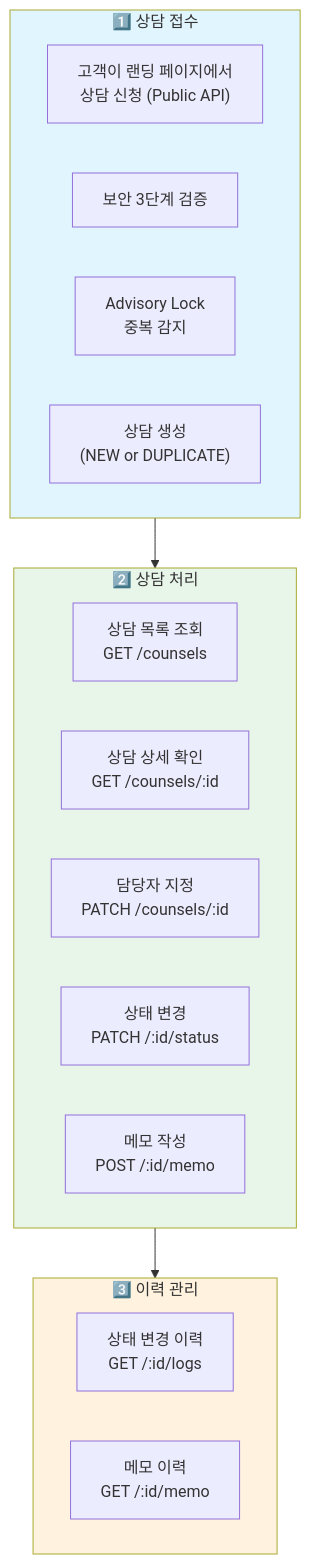
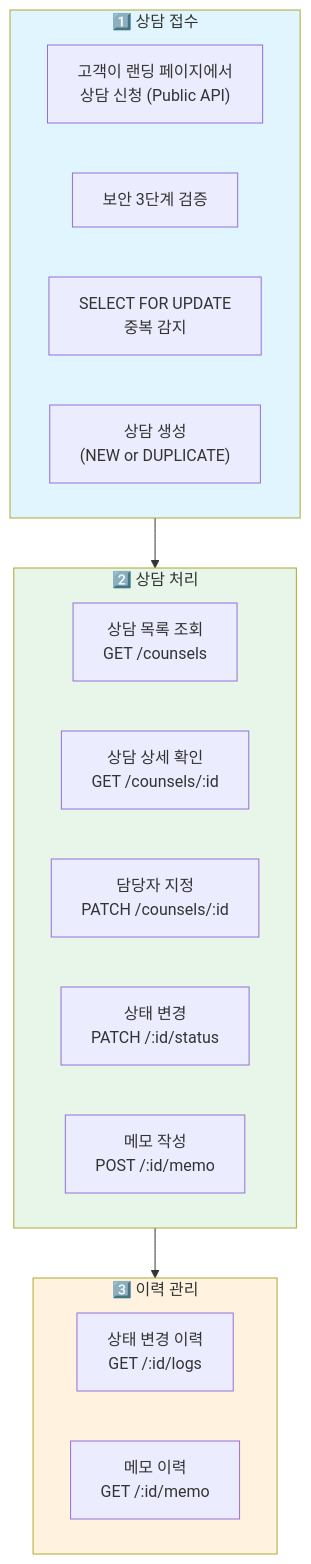
Diagram 48 of 53 in docs/user-flow.md (lee-sung-min405/flowdesk-admin-backend), drawn with Mermaid before and after one commit. The commit also changed other lines of this file and 4 other files, not shown here.

First line of the commit message:
docs: 아키텍처 심화 다이어그램 추가 및 문서 감사 불일치 수정 (최신화)

````diff
--- a/docs/user-flow.md
+++ b/docs/user-flow.md
@@ -2434,28 +2434,28 @@
 ```mermaid
 flowchart TB
     subgraph Phase1["1️⃣ 상담 접수"]
         A1["고객이 랜딩 페이지에서<br/>상담 신청 (Public API)"]
         A2["보안 3단계 검증"]
-        A3["Advisory Lock<br/>중복 감지"]
+        A3["SELECT FOR UPDATE<br/>중복 감지"]
         A4["상담 생성<br/>(NEW or DUPLICATE)"]
     end
     
     subgraph Phase2["2️⃣ 상담 처리"]
         B1["상담 목록 조회<br/>GET /counsels"]
         B2["상담 상세 확인<br/>GET /counsels/:id"]
         B3["담당자 지정<br/>PATCH /counsels/:id"]
         B4["상태 변경<br/>PATCH /:id/status"]
         B5["메모 작성<br/>POST /:id/memo"]
     end
     
     subgraph Phase3["3️⃣ 이력 관리"]
         C1["상태 변경 이력<br/>GET /:id/logs"]
         C2["메모 이력<br/>GET /:id/memo"]
     end
     
     Phase1 --> Phase2 --> Phase3
     
     style Phase1 fill:#e1f5fe
     style Phase2 fill:#e8f5e9
     style Phase3 fill:#fff3e0
 ```
````
